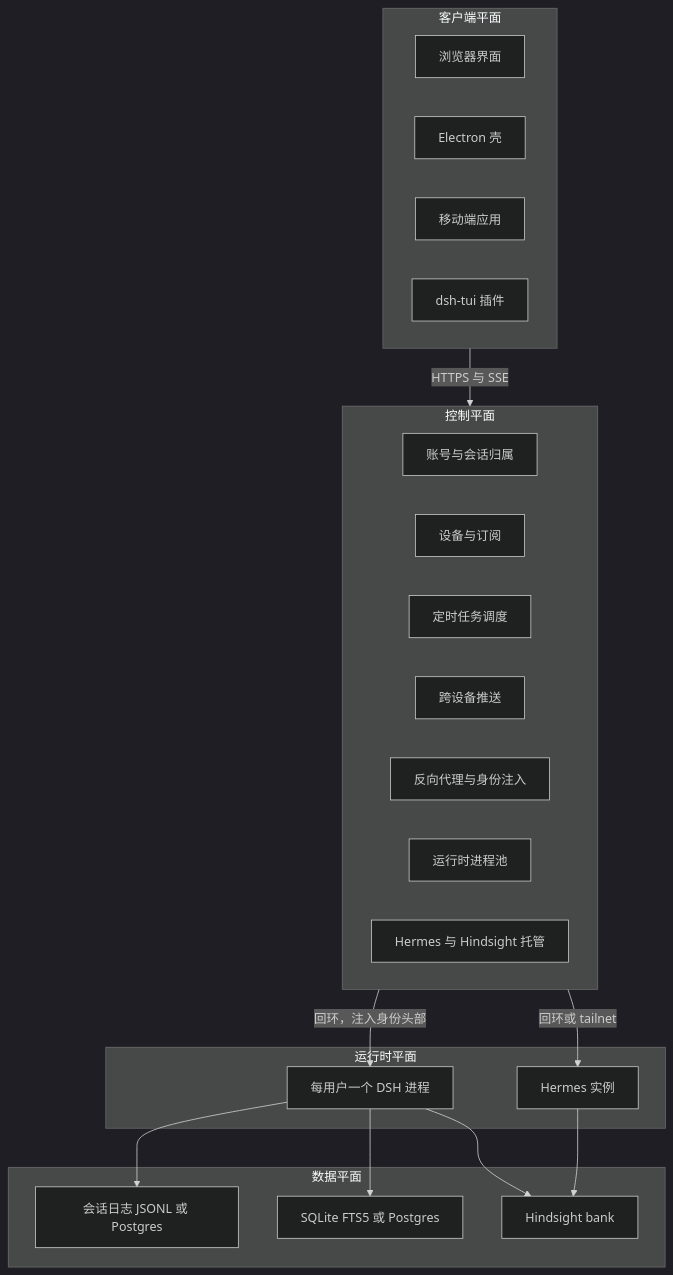
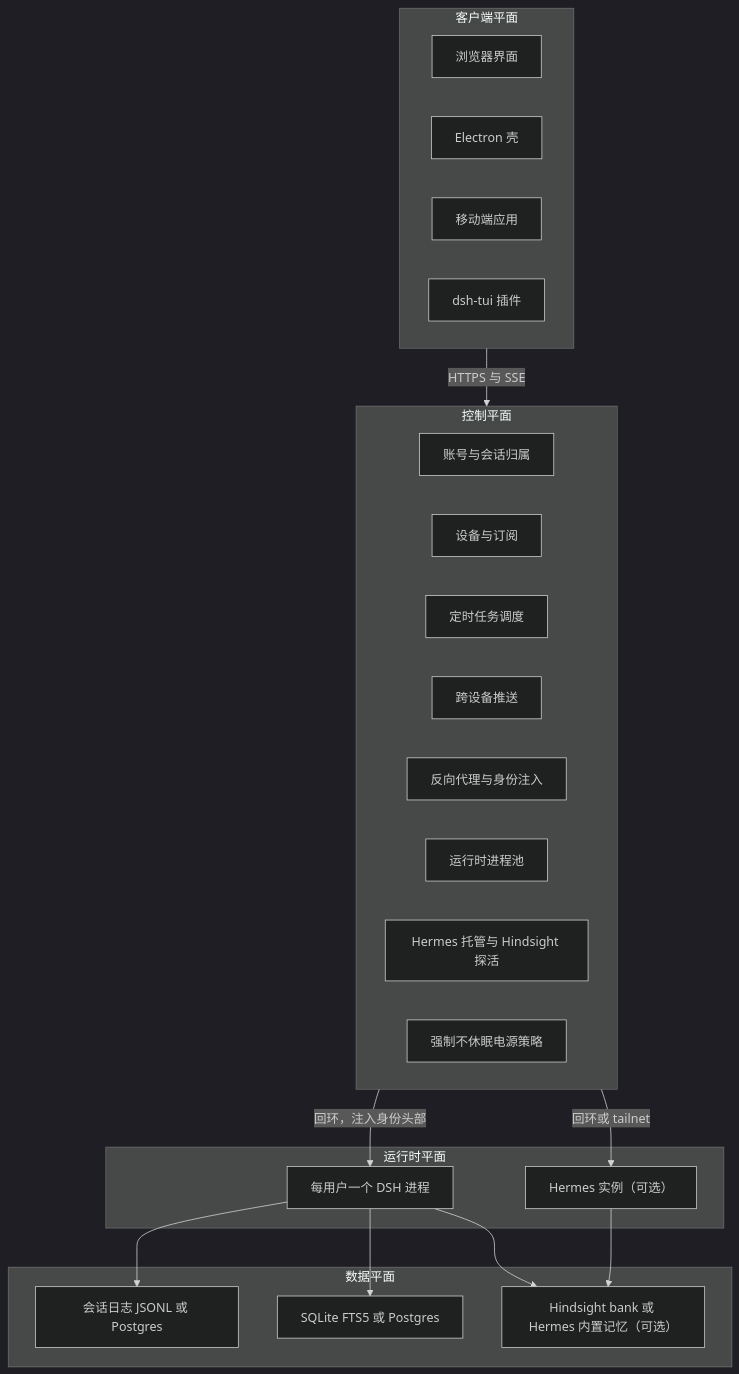
Before and after one commit to wenzetan/chatdsh: the diagram in docs/architecture.md, drawn with Mermaid (dark theme). The commit also changed other lines of this file and 257 other files, not shown here.

````diff
--- a/docs/architecture.md
+++ b/docs/architecture.md
@@ -164,34 +168,35 @@
 ```mermaid
 flowchart TB
   subgraph C[客户端平面]
     B[浏览器界面]
     E[Electron 壳]
     M[移动端应用]
     T[dsh-tui 插件]
   end
   subgraph P[控制平面]
     ACC[账号与会话归属]
     DEV[设备与订阅]
     SCH[定时任务调度]
     PUSH[跨设备推送]
     PROXY[反向代理与身份注入]
     POOL[运行时进程池]
-    SUP[Hermes 与 Hindsight 托管]
+    SUP[Hermes 托管与 Hindsight 探活]
+    POWER[强制不休眠电源策略]
   end
   subgraph R[运行时平面]
     RT[每用户一个 DSH 进程]
-    HS[Hermes 实例]
+    HS[Hermes 实例（可选）]
   end
   subgraph D[数据平面]
     LOG[会话日志 JSONL 或 Postgres]
     IDX[SQLite FTS5 或 Postgres]
-    MEM[Hindsight bank]
+    MEM[Hindsight bank 或 Hermes 内置记忆（可选）]
   end
   C -->|HTTPS 与 SSE| P
   P -->|回环，注入身份头部| RT
   P -->|回环或 tailnet| HS
   RT --> LOG
   RT --> IDX
   RT --> MEM
   HS --> MEM
 ```
````
